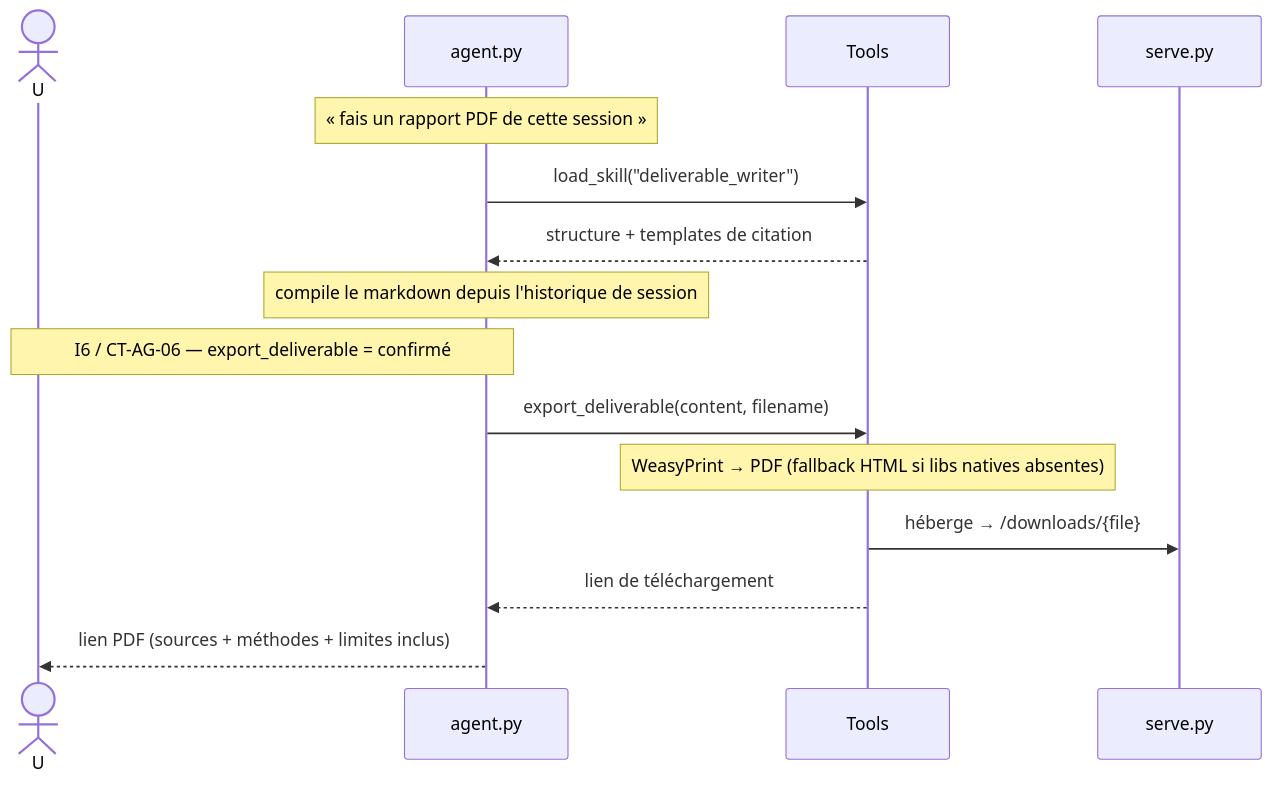
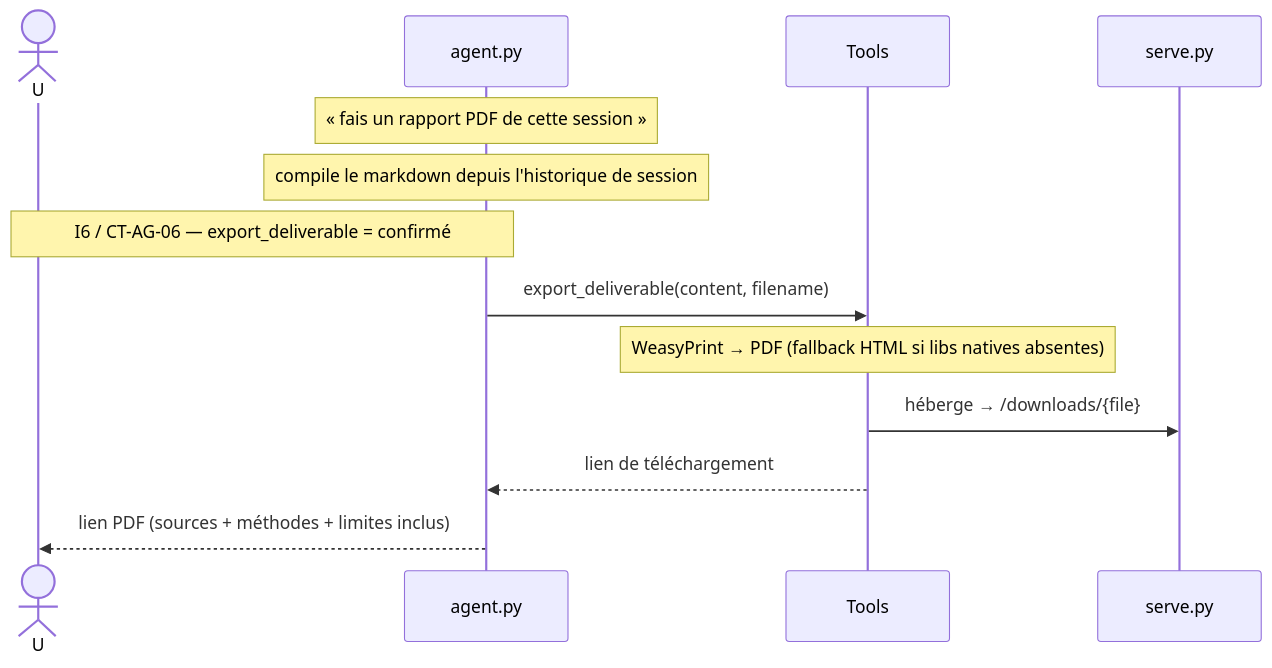
Before and after one commit to TidianeCisse777/IDEA: the ninth of 10 diagrams in SEQUENCES.md, drawn with Mermaid. The commit also changed other lines of this file and 9 other files, not shown here.

````diff
--- a/SEQUENCES.md
+++ b/SEQUENCES.md
@@ -240,18 +237,16 @@
 ```mermaid
 sequenceDiagram
     actor U
     participant AG as agent.py
     participant T as Tools
     participant API as serve.py
 
     Note over AG: « fais un rapport PDF de cette session »
-    AG->>T: load_skill("deliverable_writer")
-    T-->>AG: structure + templates de citation
     Note over AG: compile le markdown depuis l'historique de session
     Note over AG,U: I6 / CT-AG-06 — export_deliverable = confirmé
     AG->>T: export_deliverable(content, filename)
     Note over T: WeasyPrint → PDF (fallback HTML si libs natives absentes)
     T->>API: héberge → /downloads/{file}
     T-->>AG: lien de téléchargement
     AG-->>U: lien PDF (sources + méthodes + limites inclus)
 ```
````
